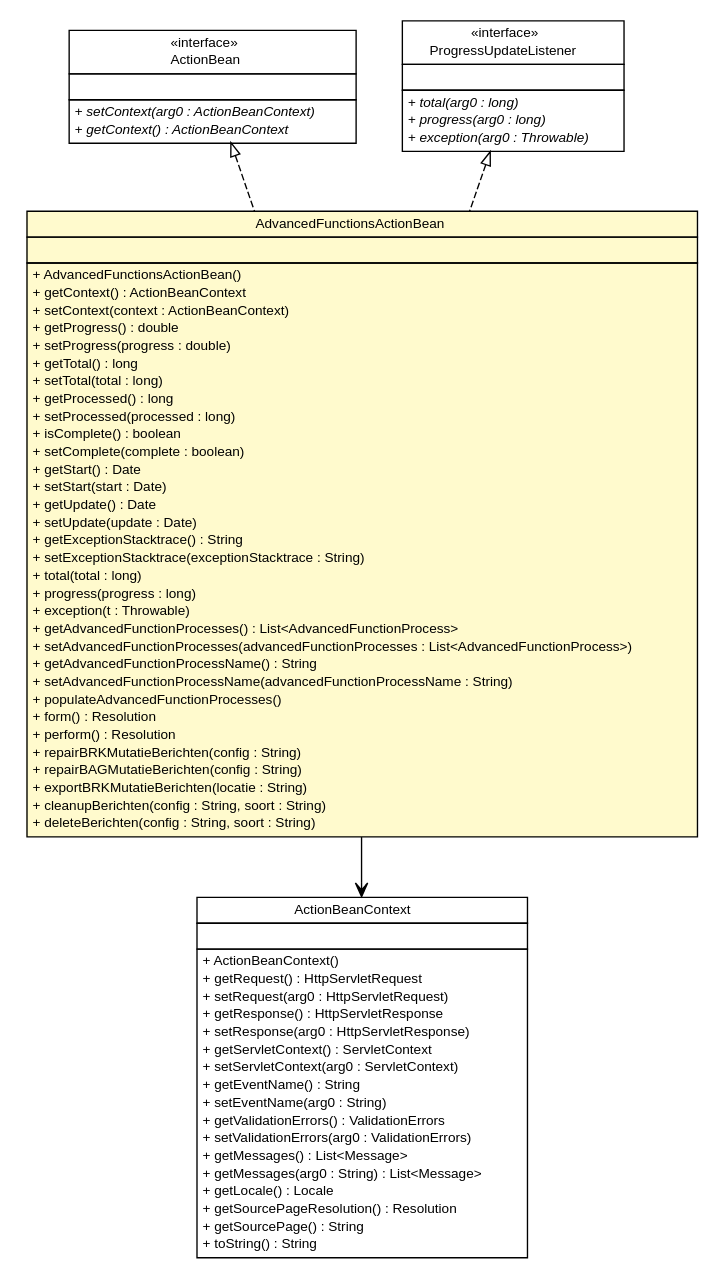
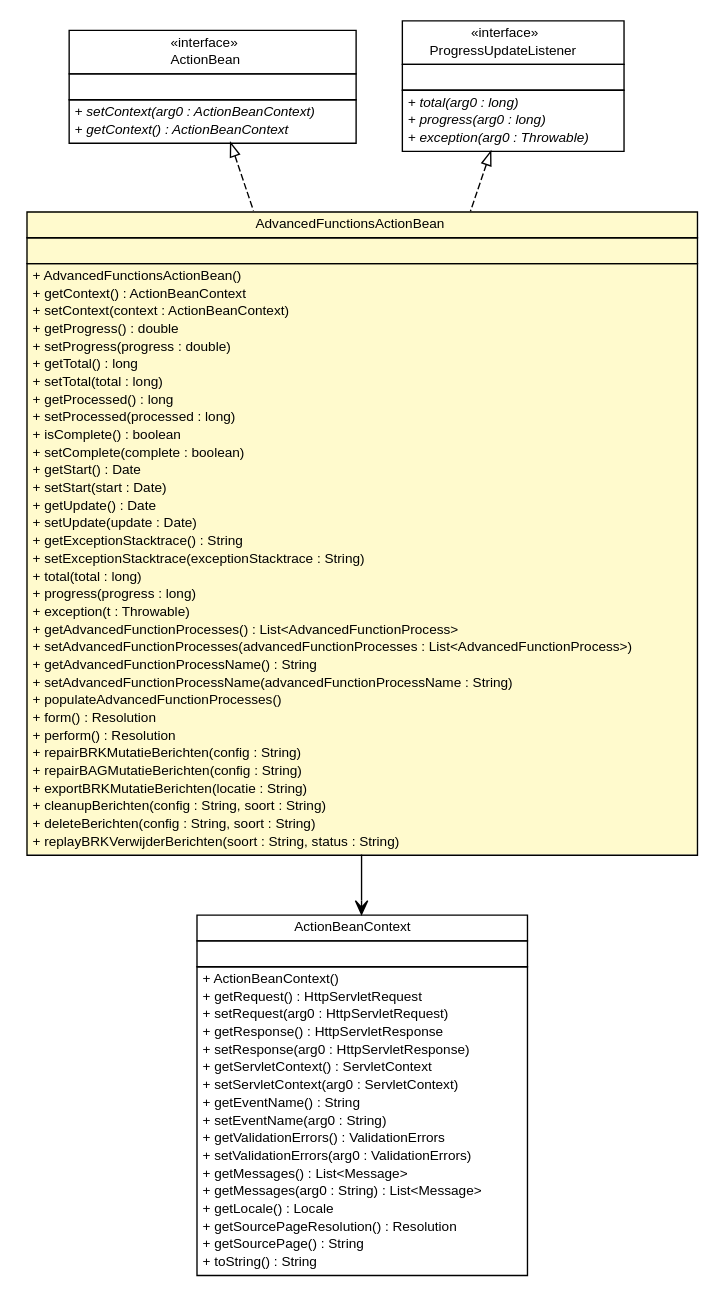
One commit to B3Partners/brmo changed the diagram in brmo-service/apidocs/nl/b3p/brmo/service/stripes/AdvancedFunctionsActionBean.dot. Above: the diagram before and after it, drawn with Graphviz. The commit also changed 229 other files, not shown here.

```diff
--- a/brmo-service/apidocs/nl/b3p/brmo/service/stripes/AdvancedFunctionsActionBean.dot
+++ b/brmo-service/apidocs/nl/b3p/brmo/service/stripes/AdvancedFunctionsActionBean.dot
@@ -1,118 +1,119 @@
 #!/usr/local/bin/dot
 #
 # Class diagram 
 # Generated by UMLGraph version R5_6-24-gf6e263 (http://www.umlgraph.org/)
 #
 
 digraph G {
 	edge [fontname="Helvetica",fontsize=10,labelfontname="Helvetica",labelfontsize=10];
 	node [fontname="Helvetica",fontsize=10,shape=plaintext];
 	nodesep=0.25;
 	ranksep=0.5;
 	// nl.b3p.brmo.service.stripes.AdvancedFunctionsActionBean
 	c371 [label=<<table title="nl.b3p.brmo.service.stripes.AdvancedFunctionsActionBean" border="0" cellborder="1" cellspacing="0" cellpadding="2" port="p" bgcolor="lemonChiffon" href="./AdvancedFunctionsActionBean.html">
 		<tr><td><table border="0" cellspacing="0" cellpadding="1">
 <tr><td align="center" balign="center"> AdvancedFunctionsActionBean </td></tr>
 		</table></td></tr>
 		<tr><td><table border="0" cellspacing="0" cellpadding="1">
 <tr><td align="left" balign="left">  </td></tr>
 		</table></td></tr>
 		<tr><td><table border="0" cellspacing="0" cellpadding="1">
 <tr><td align="left" balign="left"> + AdvancedFunctionsActionBean() </td></tr>
 <tr><td align="left" balign="left"> + getContext() : ActionBeanContext </td></tr>
 <tr><td align="left" balign="left"> + setContext(context : ActionBeanContext) </td></tr>
 <tr><td align="left" balign="left"> + getProgress() : double </td></tr>
 <tr><td align="left" balign="left"> + setProgress(progress : double) </td></tr>
 <tr><td align="left" balign="left"> + getTotal() : long </td></tr>
 <tr><td align="left" balign="left"> + setTotal(total : long) </td></tr>
 <tr><td align="left" balign="left"> + getProcessed() : long </td></tr>
 <tr><td align="left" balign="left"> + setProcessed(processed : long) </td></tr>
 <tr><td align="left" balign="left"> + isComplete() : boolean </td></tr>
 <tr><td align="left" balign="left"> + setComplete(complete : boolean) </td></tr>
 <tr><td align="left" balign="left"> + getStart() : Date </td></tr>
 <tr><td align="left" balign="left"> + setStart(start : Date) </td></tr>
 <tr><td align="left" balign="left"> + getUpdate() : Date </td></tr>
 <tr><td align="left" balign="left"> + setUpdate(update : Date) </td></tr>
 <tr><td align="left" balign="left"> + getExceptionStacktrace() : String </td></tr>
 <tr><td align="left" balign="left"> + setExceptionStacktrace(exceptionStacktrace : String) </td></tr>
 <tr><td align="left" balign="left"> + total(total : long) </td></tr>
 <tr><td align="left" balign="left"> + progress(progress : long) </td></tr>
 <tr><td align="left" balign="left"> + exception(t : Throwable) </td></tr>
 <tr><td align="left" balign="left"> + getAdvancedFunctionProcesses() : List&lt;AdvancedFunctionProcess&gt; </td></tr>
 <tr><td align="left" balign="left"> + setAdvancedFunctionProcesses(advancedFunctionProcesses : List&lt;AdvancedFunctionProcess&gt;) </td></tr>
 <tr><td align="left" balign="left"> + getAdvancedFunctionProcessName() : String </td></tr>
 <tr><td align="left" balign="left"> + setAdvancedFunctionProcessName(advancedFunctionProcessName : String) </td></tr>
 <tr><td align="left" balign="left"> + populateAdvancedFunctionProcesses() </td></tr>
 <tr><td align="left" balign="left"> + form() : Resolution </td></tr>
 <tr><td align="left" balign="left"> + perform() : Resolution </td></tr>
 <tr><td align="left" balign="left"> + repairBRKMutatieBerichten(config : String) </td></tr>
 <tr><td align="left" balign="left"> + repairBAGMutatieBerichten(config : String) </td></tr>
 <tr><td align="left" balign="left"> + exportBRKMutatieBerichten(locatie : String) </td></tr>
 <tr><td align="left" balign="left"> + cleanupBerichten(config : String, soort : String) </td></tr>
 <tr><td align="left" balign="left"> + deleteBerichten(config : String, soort : String) </td></tr>
+<tr><td align="left" balign="left"> + replayBRKVerwijderBerichten(soort : String, status : String) </td></tr>
 		</table></td></tr>
 		</table>>, URL="./AdvancedFunctionsActionBean.html", fontname="Helvetica", fontcolor="black", fontsize=10.0];
 	//nl.b3p.brmo.service.stripes.AdvancedFunctionsActionBean implements net.sourceforge.stripes.action.ActionBean
 	c405:p -> c371:p [dir=back,arrowtail=empty,style=dashed];
 	//nl.b3p.brmo.service.stripes.AdvancedFunctionsActionBean implements nl.b3p.brmo.loader.ProgressUpdateListener
 	c406:p -> c371:p [dir=back,arrowtail=empty,style=dashed];
 	// nl.b3p.brmo.service.stripes.AdvancedFunctionsActionBean NAVASSOC net.sourceforge.stripes.action.ActionBeanContext
 	c371:p -> c410:p [taillabel="", label="", headlabel="", fontname="Helvetica", fontcolor="black", fontsize=10.0, color="black", arrowhead=open];
 	// net.sourceforge.stripes.action.ActionBean
 	c405 [label=<<table title="net.sourceforge.stripes.action.ActionBean" border="0" cellborder="1" cellspacing="0" cellpadding="2" port="p">
 		<tr><td><table border="0" cellspacing="0" cellpadding="1">
 <tr><td align="center" balign="center"> &#171;interface&#187; </td></tr>
 <tr><td align="center" balign="center"> ActionBean </td></tr>
 		</table></td></tr>
 		<tr><td><table border="0" cellspacing="0" cellpadding="1">
 <tr><td align="left" balign="left">  </td></tr>
 		</table></td></tr>
 		<tr><td><table border="0" cellspacing="0" cellpadding="1">
 <tr><td align="left" balign="left"><font face="Helvetica-Oblique" point-size="10.0"> + setContext(arg0 : ActionBeanContext) </font></td></tr>
 <tr><td align="left" balign="left"><font face="Helvetica-Oblique" point-size="10.0"> + getContext() : ActionBeanContext </font></td></tr>
 		</table></td></tr>
 		</table>>, URL="null", fontname="Helvetica", fontcolor="black", fontsize=10.0];
 	// net.sourceforge.stripes.action.ActionBeanContext
 	c410 [label=<<table title="net.sourceforge.stripes.action.ActionBeanContext" border="0" cellborder="1" cellspacing="0" cellpadding="2" port="p">
 		<tr><td><table border="0" cellspacing="0" cellpadding="1">
 <tr><td align="center" balign="center"> ActionBeanContext </td></tr>
 		</table></td></tr>
 		<tr><td><table border="0" cellspacing="0" cellpadding="1">
 <tr><td align="left" balign="left">  </td></tr>
 		</table></td></tr>
 		<tr><td><table border="0" cellspacing="0" cellpadding="1">
 <tr><td align="left" balign="left"> + ActionBeanContext() </td></tr>
 <tr><td align="left" balign="left"> + getRequest() : HttpServletRequest </td></tr>
 <tr><td align="left" balign="left"> + setRequest(arg0 : HttpServletRequest) </td></tr>
 <tr><td align="left" balign="left"> + getResponse() : HttpServletResponse </td></tr>
 <tr><td align="left" balign="left"> + setResponse(arg0 : HttpServletResponse) </td></tr>
 <tr><td align="left" balign="left"> + getServletContext() : ServletContext </td></tr>
 <tr><td align="left" balign="left"> + setServletContext(arg0 : ServletContext) </td></tr>
 <tr><td align="left" balign="left"> + getEventName() : String </td></tr>
 <tr><td align="left" balign="left"> + setEventName(arg0 : String) </td></tr>
 <tr><td align="left" balign="left"> + getValidationErrors() : ValidationErrors </td></tr>
 <tr><td align="left" balign="left"> + setValidationErrors(arg0 : ValidationErrors) </td></tr>
 <tr><td align="left" balign="left"> + getMessages() : List&lt;Message&gt; </td></tr>
 <tr><td align="left" balign="left"> + getMessages(arg0 : String) : List&lt;Message&gt; </td></tr>
 <tr><td align="left" balign="left"> + getLocale() : Locale </td></tr>
 <tr><td align="left" balign="left"> + getSourcePageResolution() : Resolution </td></tr>
 <tr><td align="left" balign="left"> + getSourcePage() : String </td></tr>
 <tr><td align="left" balign="left"> + toString() : String </td></tr>
 		</table></td></tr>
 		</table>>, URL="null", fontname="Helvetica", fontcolor="black", fontsize=10.0];
 	// nl.b3p.brmo.loader.ProgressUpdateListener
 	c406 [label=<<table title="nl.b3p.brmo.loader.ProgressUpdateListener" border="0" cellborder="1" cellspacing="0" cellpadding="2" port="p">
 		<tr><td><table border="0" cellspacing="0" cellpadding="1">
 <tr><td align="center" balign="center"> &#171;interface&#187; </td></tr>
 <tr><td align="center" balign="center"> ProgressUpdateListener </td></tr>
 		</table></td></tr>
 		<tr><td><table border="0" cellspacing="0" cellpadding="1">
 <tr><td align="left" balign="left">  </td></tr>
 		</table></td></tr>
 		<tr><td><table border="0" cellspacing="0" cellpadding="1">
 <tr><td align="left" balign="left"><font face="Helvetica-Oblique" point-size="10.0"> + total(arg0 : long) </font></td></tr>
 <tr><td align="left" balign="left"><font face="Helvetica-Oblique" point-size="10.0"> + progress(arg0 : long) </font></td></tr>
 <tr><td align="left" balign="left"><font face="Helvetica-Oblique" point-size="10.0"> + exception(arg0 : Throwable) </font></td></tr>
 		</table></td></tr>
 		</table>>, URL="null", fontname="Helvetica", fontcolor="black", fontsize=10.0];
 }
```
